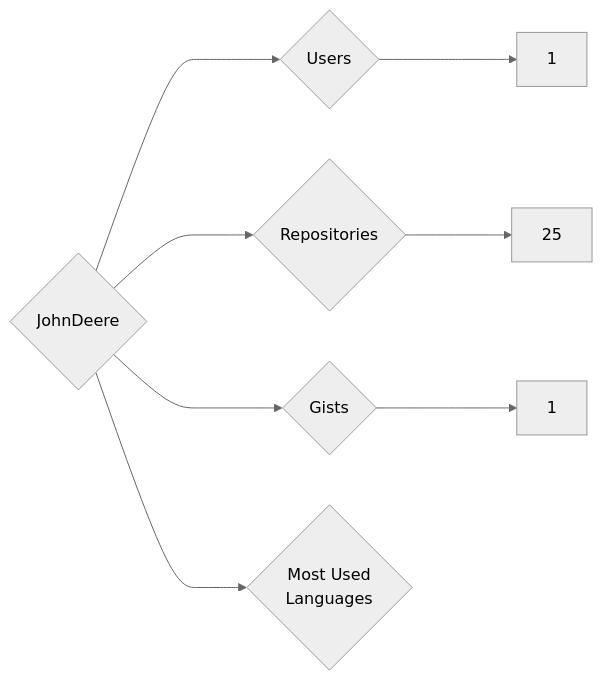
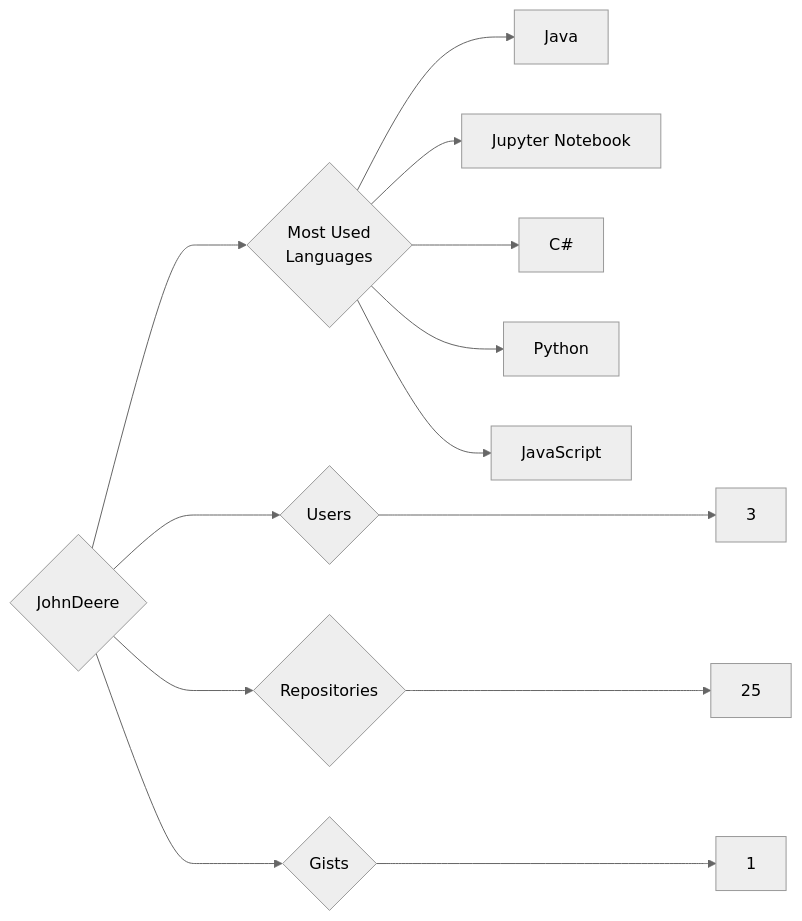
The diagram in targets/JohnDeere/README.md (trickest/insiders), drawn with Mermaid (neutral theme) before and after one commit. The commit also changed 925 other files, not shown here.

````diff
--- a/targets/JohnDeere/README.md
+++ b/targets/JohnDeere/README.md
@@ -3,8 +3,13 @@
 ```mermaid
 graph LR
 COMPANY_NAME{JohnDeere}
-COMPANY_NAME ---> U{Users} ---> UN[1]
+COMPANY_NAME ---> U{Users} ---> UN[3]
 COMPANY_NAME ---> R{Repositories} ---> RN[25]
 COMPANY_NAME ---> G{Gists} ---> GN[1]
 COMPANY_NAME ---> ML{Most Used<br>Languages}
+ML --> Java[Java]
+ML --> Jupyter_Notebook[Jupyter Notebook]
+ML --> C#[C#]
+ML --> Python[Python]
+ML --> JavaScript[JavaScript]
 ```
````
